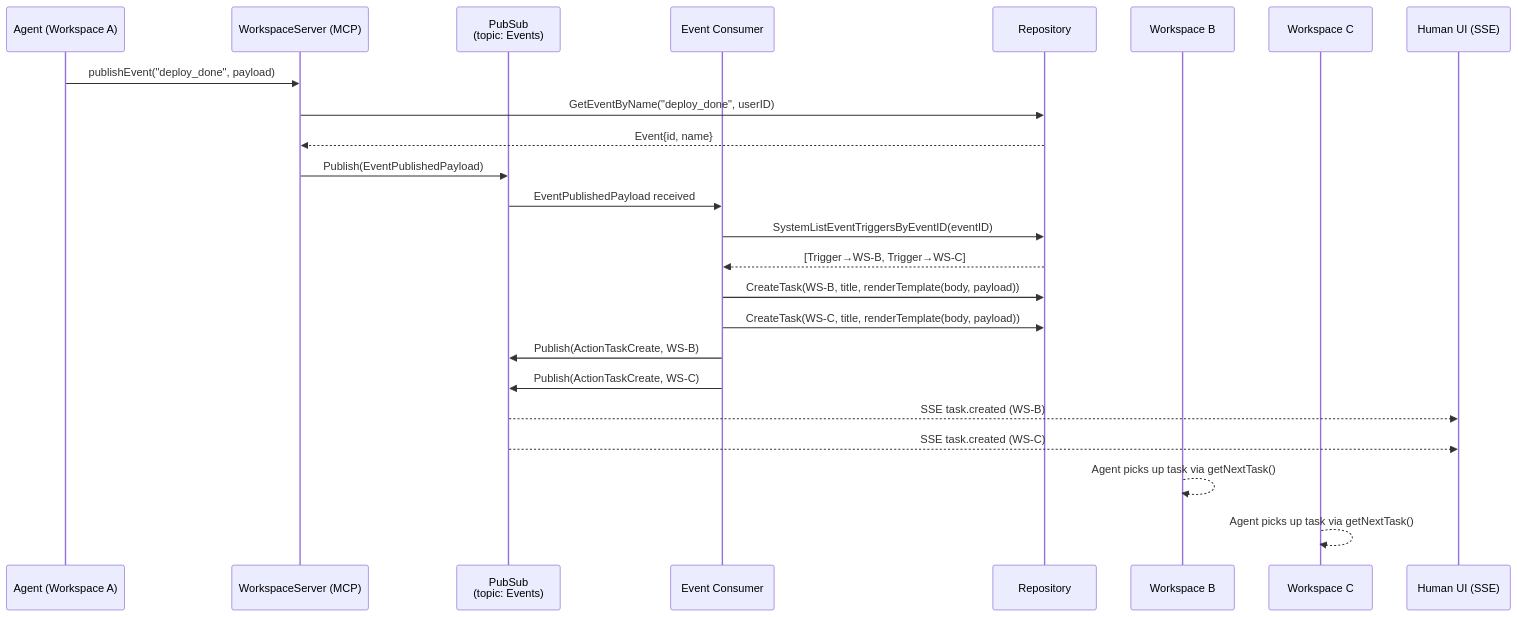
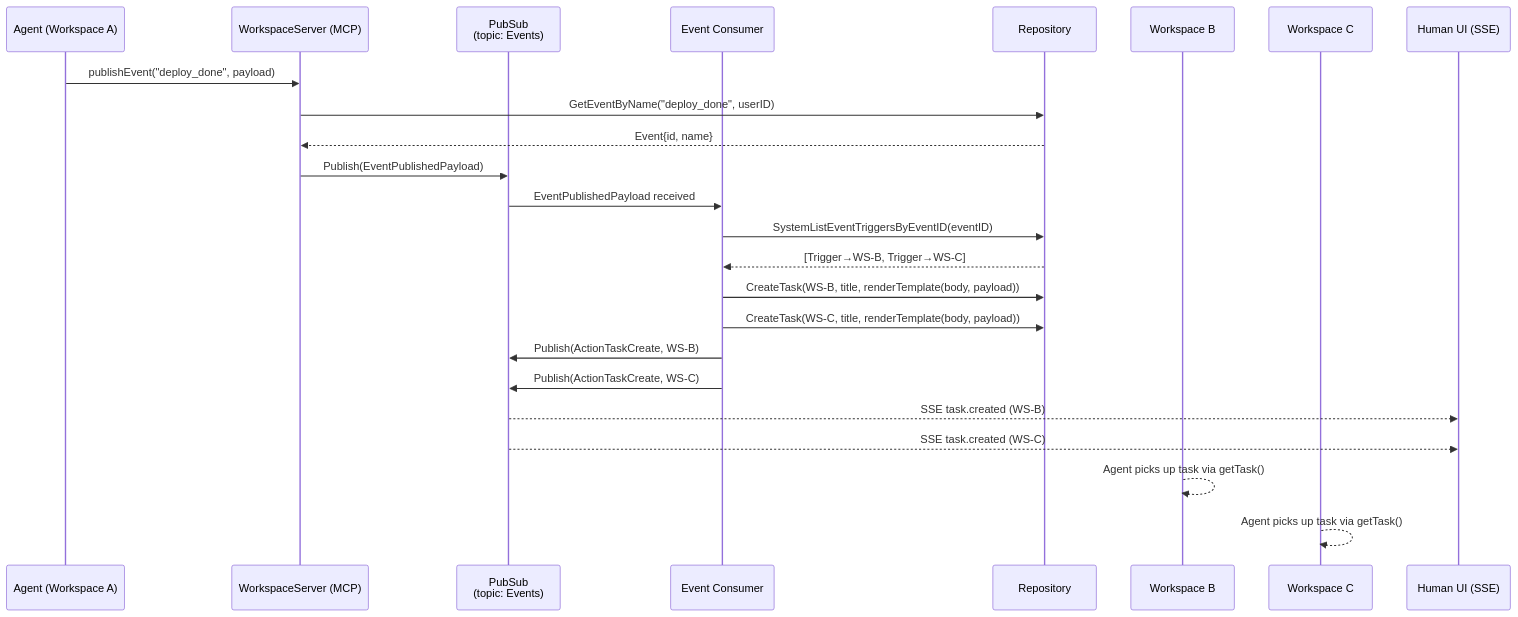
One commit to agentrq/agentrq changed the first of 2 diagrams in ARCHITECTURE.md. Above: the diagram before and after it, drawn with Mermaid. The commit also changed other lines of this file and 5 other files, not shown here.

First line of the commit message:
feat: merge getNextTask and getTaskMessages into a single getTask MCP tool

````diff
--- a/ARCHITECTURE.md
+++ b/ARCHITECTURE.md
@@ -310,31 +309,31 @@
 ```mermaid
 sequenceDiagram
     participant A as Agent (Workspace A)
     participant MCP as WorkspaceServer (MCP)
     participant PS as PubSub<br/>(topic: Events)
     participant EC as Event Consumer
     participant DB as Repository
     participant B as Workspace B
     participant C as Workspace C
     participant UI as Human UI (SSE)
 
     A->>MCP: publishEvent("deploy_done", payload)
     MCP->>DB: GetEventByName("deploy_done", userID)
     DB-->>MCP: Event{id, name}
     MCP->>PS: Publish(EventPublishedPayload)
 
     PS->>EC: EventPublishedPayload received
     EC->>DB: SystemListEventTriggersByEventID(eventID)
     DB-->>EC: [Trigger→WS-B, Trigger→WS-C]
 
     EC->>DB: CreateTask(WS-B, title, renderTemplate(body, payload))
     EC->>DB: CreateTask(WS-C, title, renderTemplate(body, payload))
 
     EC->>PS: Publish(ActionTaskCreate, WS-B)
     EC->>PS: Publish(ActionTaskCreate, WS-C)
     PS-->>UI: SSE task.created (WS-B)
     PS-->>UI: SSE task.created (WS-C)
 
-    B-->>B: Agent picks up task via getNextTask()
-    C-->>C: Agent picks up task via getNextTask()
+    B-->>B: Agent picks up task via getTask()
+    C-->>C: Agent picks up task via getTask()
 ```
````
